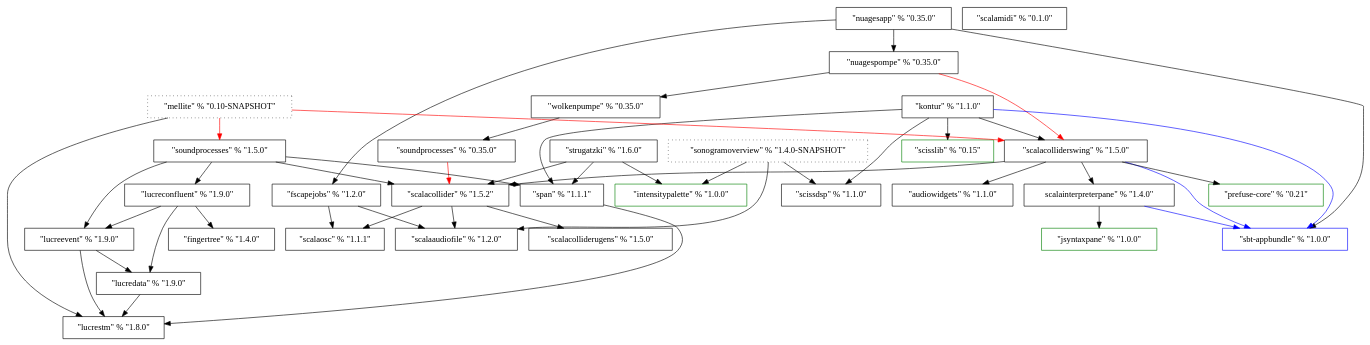
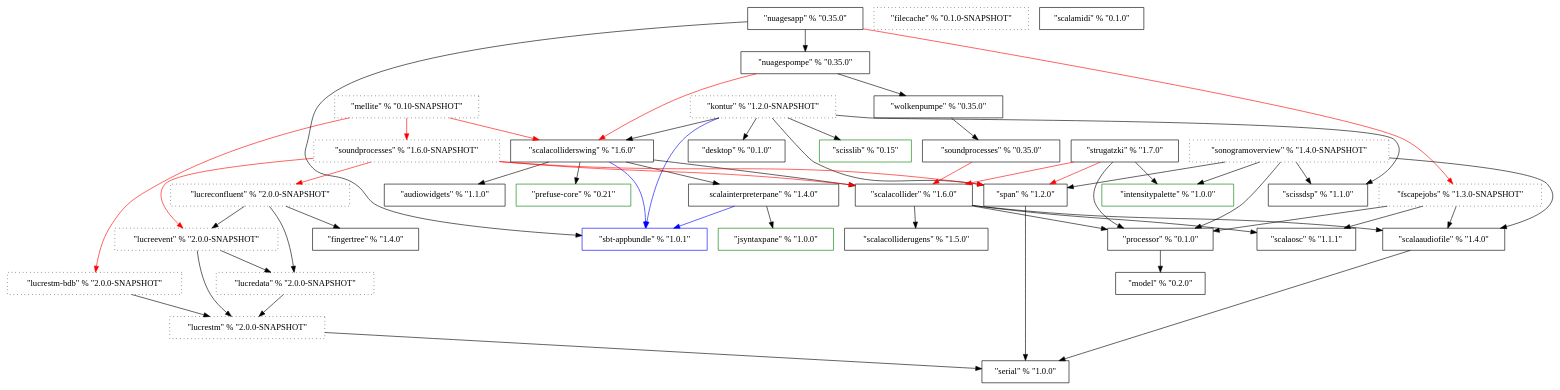
The diagram in ProjectDependencies/dep.dot (Sciss/HistoricalCode), drawn with Graphviz before and after one commit.

```diff
--- a/ProjectDependencies/dep.dot
+++ b/ProjectDependencies/dep.dot
@@ -1,85 +1,93 @@
 digraph G {
+	AudioWidgets [label="\"audiowidgets\" % \"1.1.0\"", shape=box];
+	Desktop [label="\"desktop\" % \"0.1.0\"", shape=Box];
+	FileCache [label="\"filecache\" % \"0.1.0-SNAPSHOT\"", shape=Box, style=dotted];
+	FingerTree [label="\"fingertree\" % \"1.4.0\"", shape=Box];
+	FScapeJobs [label="\"fscapejobs\" % \"1.3.0-SNAPSHOT\"", shape=box, style=dotted];
+	IntensityPalette [label="\"intensitypalette\" % \"1.0.0\"", shape=Box, color=green];
+	JSyntaxPane [label="\"jsyntaxpane\" % \"1.0.0\"", shape=Box, color=green];
+	Kontur [label="\"kontur\" % \"1.2.0-SNAPSHOT\"", shape=Box, style=dotted];
+	LucreConfluent [label="\"lucreconfluent\" % \"2.0.0-SNAPSHOT\"", shape=Box, style=dotted];
+	LucreData [label="\"lucredata\" % \"2.0.0-SNAPSHOT\"", shape=Box, style=dotted];
+	LucreEvent [label="\"lucreevent\" % \"2.0.0-SNAPSHOT\"", shape=Box, style=dotted];
+	LucreSTM [label="\"lucrestm\" % \"2.0.0-SNAPSHOT\"", shape=Box, style=dotted];
+	LucreSTM_BDB [label="\"lucrestm-bdb\" % \"2.0.0-SNAPSHOT\"", shape=Box, style=dotted];
+	Mellite [label="\"mellite\" % \"0.10-SNAPSHOT\"", shape=Box, style=dotted];
+	Model [label="\"model\" % \"0.2.0\"", shape=Box];
+	NuagesApp [label="\"nuagesapp\" % \"0.35.0\"", shape=Box];
+	NuagesPompe [label="\"nuagespompe\" % \"0.35.0\"", shape=Box];
+	PrefuseCore [label="\"prefuse-core\" % \"0.21\"", shape=Box, color=green];
+	Processor [label="\"processor\" % \"0.1.0\"", shape=Box];
+	SbtAppbundle [label="\"sbt-appbundle\" % \"1.0.1\"", shape=Box, color=blue];
 	ScalaOSC [label="\"scalaosc\" % \"1.1.1\"", shape=box];
-	ScalaAudioFile [label="\"scalaaudiofile\" % \"1.2.0\"", shape=box];
-	FScapeJobs [label="\"fscapejobs\" % \"1.2.0\"", shape=box];
-	AudioWidgets [label="\"audiowidgets\" % \"1.1.0\"", shape=box];
-//	ScalaAudioWidgets [label="\"scalaaudiowidgets\" % \"1.0.0\"", shape=box, color=red];
-   Span [label="\"span\" % \"1.1.1\"", shape=box];
-	SbtAppbundle [label="\"sbt-appbundle\" % \"1.0.0\"", shape=Box, color=blue];
+	ScalaAudioFile [label="\"scalaaudiofile\" % \"1.4.0\"", shape=box];
+	ScalaCollider [label="\"scalacollider\" % \"1.6.0\"", shape=Box];
+	ScalaColliderSwing [label="\"scalacolliderswing\" % \"1.6.0\"", shape=Box];
+	ScalaColliderUGens [label="\"scalacolliderugens\" % \"1.5.0\"", shape=Box];
+	ScalaInterpreterPane [label="\scalainterpreterpane\" % \"1.4.0\"", shape=Box];
+	ScalaMIDI [label="\"scalamidi\" % \"0.1.0\"", shape=Box];
 	ScissDSP [label="\"scissdsp\" % \"1.1.0\"", shape=Box];
+	ScissLib [label="\"scisslib\" % \"0.15\"", shape=Box, color=green];
+	Serial [label="\"serial\" % \"1.0.0\"", shape=Box];
 	SonogramOverview [label="\"sonogramoverview\" % \"1.4.0-SNAPSHOT\"", shape=Box, style=dotted];
-	ScalaCollider [label="\"scalacollider\" % \"1.5.2\"", shape=Box];
-	ScalaColliderUGens [label="\"scalacolliderugens\" % \"1.5.0\"", shape=Box];
-	ScalaColliderSwing [label="\"scalacolliderswing\" % \"1.5.0\"", shape=Box];
-	IntensityPalette [label="\"intensitypalette\" % \"1.0.0\"", shape=Box, color=green];
-	Strugatzki [label="\"strugatzki\" % \"1.6.0\"", shape=Box];
-	JSyntaxPane [label="\"jsyntaxpane\" % \"1.0.0\"", shape=Box, color=green];
-	ScalaInterpreterPane [label="\scalainterpreterpane\" % \"1.4.0\"", shape=Box];
-	PrefuseCore [label="\"prefuse-core\" % \"0.21\"", shape=Box, color=green];
+	SoundProcesses [label="\"soundprocesses\" % \"1.6.0-SNAPSHOT\"", shape=Box, style=dotted];
 	SoundProcesses_OLD [label="\"soundprocesses\" % \"0.35.0\"", shape=Box];
+   Span [label="\"span\" % \"1.2.0\"", shape=box];
+	Strugatzki [label="\"strugatzki\" % \"1.7.0\"", shape=Box];
 	Wolkenpumpe [label="\"wolkenpumpe\" % \"0.35.0\"", shape=Box];
-	NuagesPompe [label="\"nuagespompe\" % \"0.35.0\"", shape=Box];
-	NuagesApp [label="\"nuagesapp\" % \"0.35.0\"", shape=Box];
-	ScissLib [label="\"scisslib\" % \"0.15\"", shape=Box, color=green];
-	Kontur [label="\"kontur\" % \"1.1.0\"", shape=Box];
-	FingerTree [label="\"fingertree\" % \"1.4.0\"", shape=Box];
-	LucreSTM [label="\"lucrestm\" % \"1.8.0\"", shape=Box];
-	LucreEvent [label="\"lucreevent\" % \"1.9.0\"", shape=Box];
-	LucreData [label="\"lucredata\" % \"1.9.0\"", shape=Box];
-//	LucreExpr [labLucreConfluentel="\"lucreexpr\" % \"1.4.0\"", shape=Box];
-	LucreConfluent [label="\"lucreconfluent\" % \"1.9.0\"", shape=Box];
-//	ConfluentReactive [label="\"confluentreactive\" % \"1.5.0\"", shape=Box];
-	SoundProcesses [label="\"soundprocesses\" % \"1.5.0\"", shape=Box];
-	Mellite [label="\"mellite\" % \"0.10-SNAPSHOT\"", shape=Box, style=dotted];
-	ScalaMIDI [label="\"scalamidi\" % \"0.1.0\"", shape=Box];
 	
+	FScapeJobs -> Processor;
 	FScapeJobs -> ScalaOSC;
 	FScapeJobs -> ScalaAudioFile;
-//	ScalaAudioWidgets -> AudioWidgets [color=red];
-	SonogramOverview -> ScalaAudioFile;
-	SonogramOverview -> ScissDSP;
-	SonogramOverview -> IntensityPalette;
-	Span -> LucreSTM;
+	Kontur -> Desktop;
+	Kontur -> SbtAppbundle [color=blue];
+	Kontur -> ScalaColliderSwing;
+	Kontur -> ScissDSP;
+	Kontur -> ScissLib;
+	Kontur -> Span;
+	LucreConfluent -> FingerTree;
+	LucreConfluent -> LucreData;
+	LucreConfluent -> LucreEvent;
+	LucreData -> LucreSTM;
+	LucreEvent -> LucreSTM;
+   LucreEvent -> LucreData;
+   LucreSTM -> Serial;
+   LucreSTM_BDB -> LucreSTM;
+	Mellite -> SoundProcesses [color=red];
+	Mellite -> ScalaColliderSwing [color=red];
+	Mellite -> LucreSTM_BDB [color=red];
+	NuagesApp -> SbtAppbundle;
+	NuagesApp -> NuagesPompe;
+	NuagesApp -> FScapeJobs [color=red];
+	NuagesPompe -> Wolkenpumpe;
+	NuagesPompe -> ScalaColliderSwing [color=red];
+	Processor -> Model;
+   ScalaAudioFile -> Serial;
+   ScalaCollider -> Processor;
+	ScalaCollider -> ScalaAudioFile;
 	ScalaCollider -> ScalaColliderUGens;
 	ScalaCollider -> ScalaOSC;
-	ScalaCollider -> ScalaAudioFile;
-	Strugatzki -> ScalaCollider;
-	Strugatzki -> IntensityPalette;
-	Strugatzki -> Span;
-	ScalaInterpreterPane -> JSyntaxPane;
-	ScalaInterpreterPane -> SbtAppbundle [color=blue];
 	ScalaColliderSwing -> SbtAppbundle [color=blue];
 	ScalaColliderSwing -> ScalaCollider;
 	ScalaColliderSwing -> ScalaInterpreterPane;
 	ScalaColliderSwing -> PrefuseCore;
 	ScalaColliderSwing -> AudioWidgets;
+	ScalaInterpreterPane -> JSyntaxPane;
+	ScalaInterpreterPane -> SbtAppbundle [color=blue];
+	SonogramOverview -> IntensityPalette;
+	SonogramOverview -> Processor;
+	SonogramOverview -> ScalaAudioFile;
+	SonogramOverview -> ScissDSP;
+	SonogramOverview -> Span;
+	SoundProcesses -> ScalaCollider [color=red];
+	SoundProcesses -> LucreConfluent [color=red];
+	SoundProcesses -> LucreEvent [color=red];
+	SoundProcesses -> Span [color=red];
 	SoundProcesses_OLD -> ScalaCollider [color=red];
+	Span -> Serial;
+	Strugatzki -> IntensityPalette;
+	Strugatzki -> Processor;
+	Strugatzki -> ScalaCollider [color=red];
+	Strugatzki -> Span [color=red];
 	Wolkenpumpe -> SoundProcesses_OLD;
-	NuagesPompe -> Wolkenpumpe;
-	NuagesPompe -> ScalaColliderSwing [color=red];
-	NuagesApp -> SbtAppbundle;
-	NuagesApp -> NuagesPompe;
-	NuagesApp -> FScapeJobs;
-	Kontur -> SbtAppbundle [color=blue];
-	Kontur -> ScalaColliderSwing;
-	Kontur -> ScissDSP;
-	Kontur -> ScissLib;
-	Kontur -> Span;
-	LucreEvent -> LucreSTM;
-   LucreEvent -> LucreData;
-	LucreData -> LucreSTM;
-//   LucreExpr -> LucreData [color=red];
-//   LucreExpr -> LucreEvent [color=red];
-	LucreConfluent -> FingerTree;
-	LucreConfluent -> LucreData;
-	LucreConfluent -> LucreEvent;
-//   ConfluentReactive -> LucreConfluent;
-//	ConfluentReactive -> LucreEvent [color=red];
-	SoundProcesses -> ScalaCollider;
-	SoundProcesses -> LucreConfluent;
-	SoundProcesses -> LucreEvent;
-	SoundProcesses -> Span;
-	Mellite -> SoundProcesses [color=red];
-	Mellite -> ScalaColliderSwing [color=red];
-	Mellite -> LucreSTM;
 }
```
